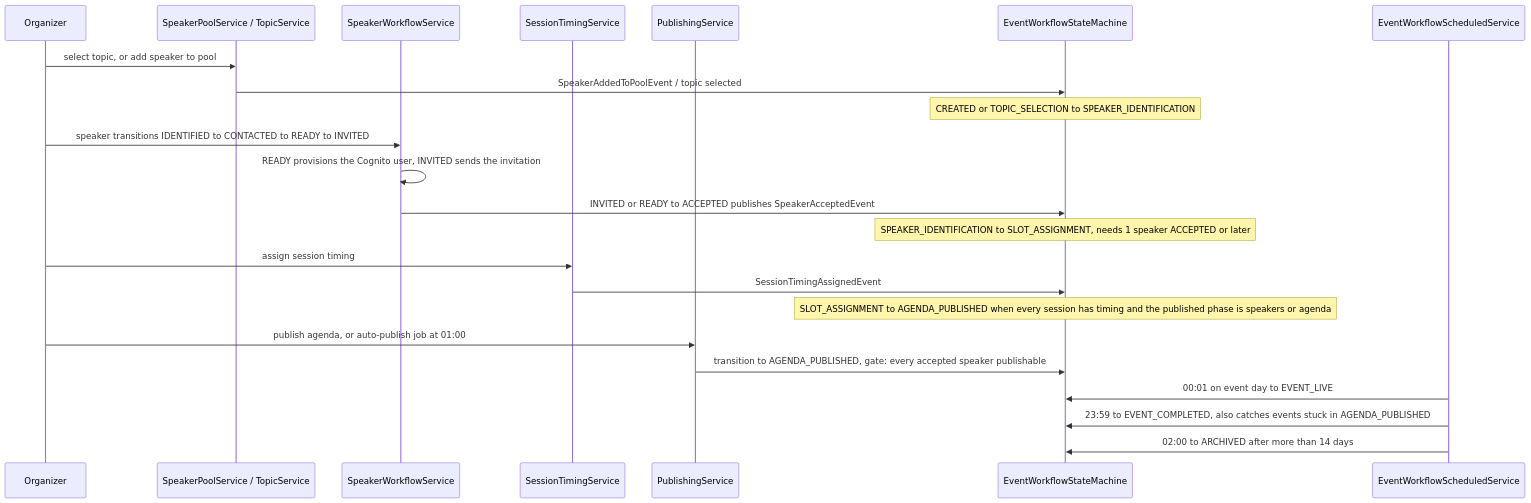
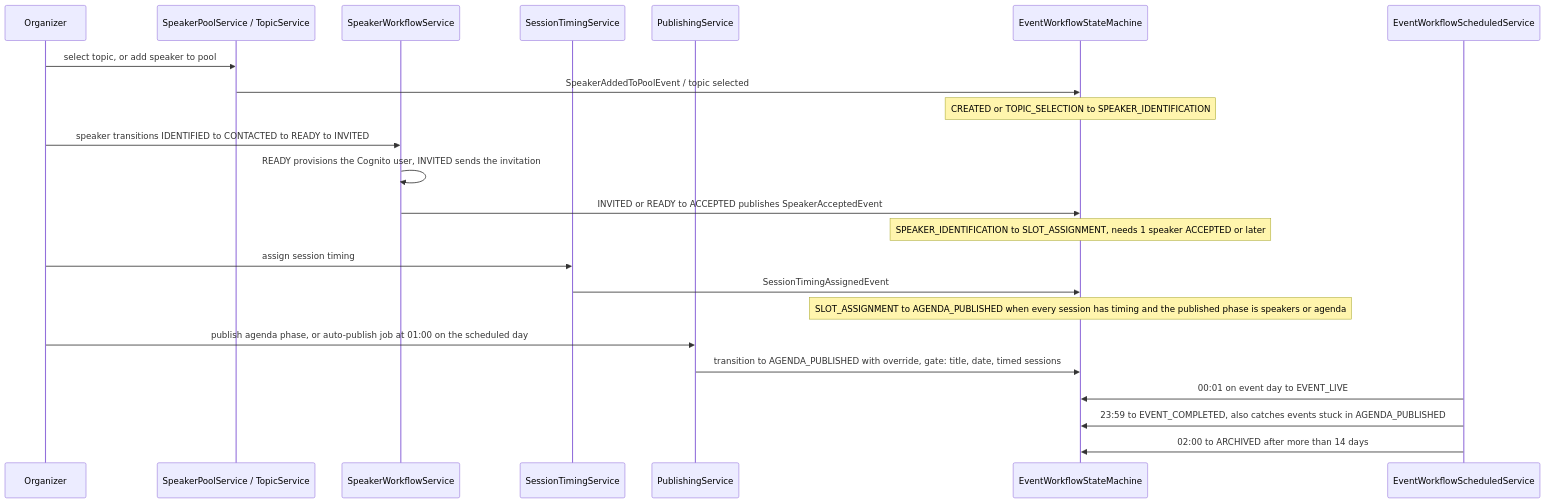
Before and after one commit to nissimbuchs/BATbern2: the fifth of 14 diagrams in docs/architecture/06-backend-architecture.md, drawn with Mermaid. The commit also changed other lines of this file and 109 other files, not shown here.

````diff
--- a/docs/architecture/06-backend-architecture.md
+++ b/docs/architecture/06-backend-architecture.md
@@ -533,26 +533,26 @@
 ```mermaid
 sequenceDiagram
     participant Org as Organizer
     participant SPS as SpeakerPoolService / TopicService
     participant SWS as SpeakerWorkflowService
     participant ST as SessionTimingService
     participant PUB as PublishingService
     participant EWS as EventWorkflowStateMachine
     participant SCH as EventWorkflowScheduledService
 
     Org->>SPS: select topic, or add speaker to pool
     SPS->>EWS: SpeakerAddedToPoolEvent / topic selected
     Note over EWS: CREATED or TOPIC_SELECTION to SPEAKER_IDENTIFICATION
     Org->>SWS: speaker transitions IDENTIFIED to CONTACTED to READY to INVITED
     SWS->>SWS: READY provisions the Cognito user, INVITED sends the invitation
     SWS->>EWS: INVITED or READY to ACCEPTED publishes SpeakerAcceptedEvent
     Note over EWS: SPEAKER_IDENTIFICATION to SLOT_ASSIGNMENT, needs 1 speaker ACCEPTED or later
     Org->>ST: assign session timing
     ST->>EWS: SessionTimingAssignedEvent
     Note over EWS: SLOT_ASSIGNMENT to AGENDA_PUBLISHED when every session has timing and the published phase is speakers or agenda
-    Org->>PUB: publish agenda, or auto-publish job at 01:00
-    PUB->>EWS: transition to AGENDA_PUBLISHED, gate: every accepted speaker publishable
+    Org->>PUB: publish agenda phase, or auto-publish job at 01:00 on the scheduled day
+    PUB->>EWS: transition to AGENDA_PUBLISHED with override, gate: title, date, timed sessions
     SCH->>EWS: 00:01 on event day to EVENT_LIVE
     SCH->>EWS: 23:59 to EVENT_COMPLETED, also catches events stuck in AGENDA_PUBLISHED
     SCH->>EWS: 02:00 to ARCHIVED after more than 14 days
 ```
````
